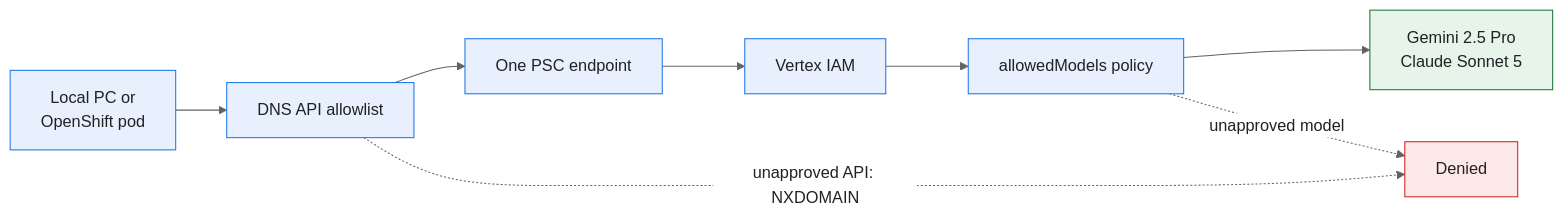
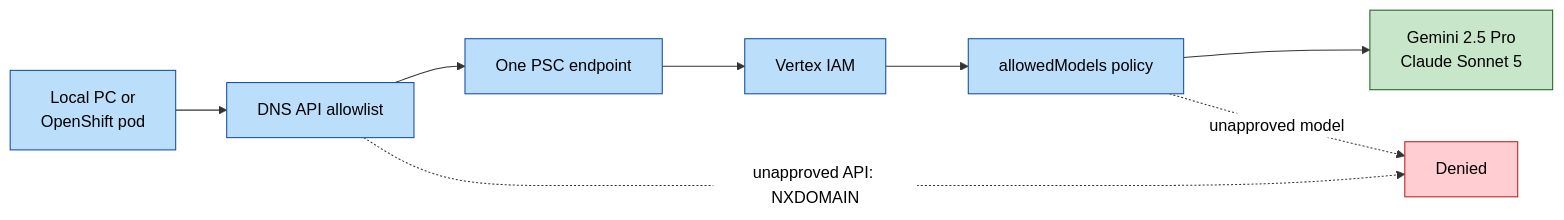
Before and after one commit to UttamGiri/GCP-Bootstrap: the third of 4 diagrams in docs/VERTEX-AI-PSC-ONPREM.md, drawn with Mermaid. The commit also changed other lines of this file, not shown here.

First line of the commit message:
Force Mermaid light theme for GitHub dark mode.

````diff
--- a/docs/VERTEX-AI-PSC-ONPREM.md
+++ b/docs/VERTEX-AI-PSC-ONPREM.md
@@ -170,17 +178,17 @@
 ```mermaid
-%%{init: {'theme': 'base', 'themeVariables': {'background': '#ffffff', 'mainBkg': '#ffffff', 'primaryColor': '#e8f0fe', 'primaryTextColor': '#202124', 'primaryBorderColor': '#1a73e8', 'lineColor': '#5f6368', 'textColor': '#202124', 'edgeLabelBackground': '#ffffff'}}}%%
+%%{init: {'theme': 'neutral', 'themeVariables': {'darkMode': false, 'background': '#ffffff', 'primaryTextColor': '#000000', 'textColor': '#000000', 'lineColor': '#333333', 'edgeLabelBackground': '#ffffff'}}}%%
 flowchart LR
     CALLER["Local PC or<br/>OpenShift pod"] --> DNS["DNS API allowlist"]
     DNS --> PSC["One PSC endpoint"]
     PSC --> IAM["Vertex IAM"]
     IAM --> POLICY["allowedModels policy"]
     POLICY --> OK["Gemini 2.5 Pro<br/>Claude Sonnet 5"]
     DNS -.->|"unapproved API: NXDOMAIN"| NO["Denied"]
     POLICY -.->|"unapproved model"| NO
-    classDef good fill:#e6f4ea,stroke:#137333,color:#202124
-    classDef bad fill:#fce8e6,stroke:#c5221f,color:#202124
-    classDef node fill:#e8f0fe,stroke:#1a73e8,color:#202124
+    classDef good fill:#C8E6C9,stroke:#1B5E20,color:#000000
+    classDef bad fill:#FFCDD2,stroke:#B71C1C,color:#000000
+    classDef node fill:#BBDEFB,stroke:#0D47A1,color:#000000
     class OK good
     class NO bad
     class CALLER,DNS,PSC,IAM,POLICY node
 ```
````
